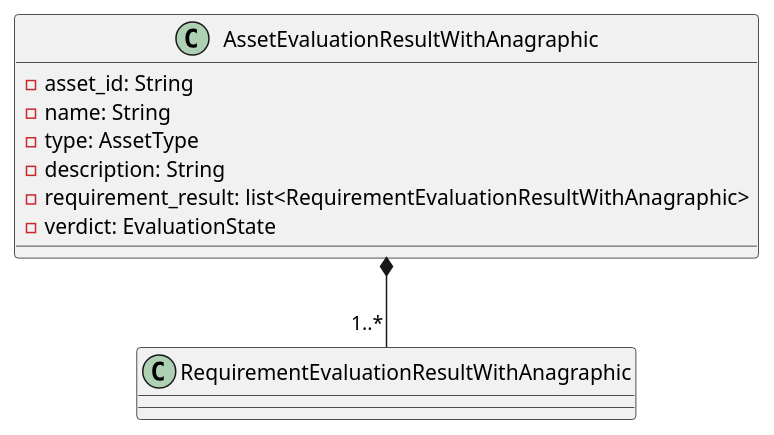
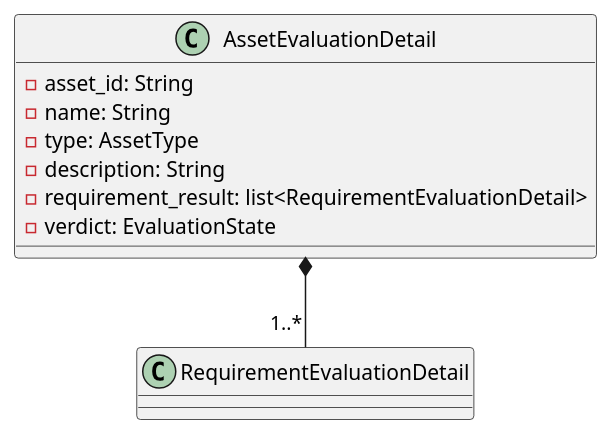
One commit to GroupRubberDuck/Documentazione changed the diagram in src/PB/DocumentazioneEsterna/Specifica_Tecnica/content/uml/puml/Diagrammi_classi/Backend/Domain/AssetEvaluationResultWithAnagraphic.puml. Above: the diagram before and after it, drawn with PlantUML. The commit also changed 3 other files, not shown here.

Commit message:
Fix: cambiato nome a entità evaluationDetail in puml

```diff
--- a/src/PB/DocumentazioneEsterna/Specifica_Tecnica/content/uml/puml/Diagrammi_classi/Backend/Domain/AssetEvaluationResultWithAnagraphic.puml
+++ b/src/PB/DocumentazioneEsterna/Specifica_Tecnica/content/uml/puml/Diagrammi_classi/Backend/Domain/AssetEvaluationResultWithAnagraphic.puml
@@ -1,14 +1,14 @@
-@startuml AssetEvaluationResultWithAnagraphic
+@startuml AssetEvaluationDetail
 
-class AssetEvaluationResultWithAnagraphic {
+class AssetEvaluationDetail {
     - asset_id: String
     - name: String
     - type: AssetType
     - description: String
-    - requirement_result: list<RequirementEvaluationResultWithAnagraphic>
+    - requirement_result: list<RequirementEvaluationDetail>
     - verdict: EvaluationState
 }
 
-AssetEvaluationResultWithAnagraphic *--"1..*" RequirementEvaluationResultWithAnagraphic
+AssetEvaluationDetail *--"1..*" RequirementEvaluationDetail
 
 @enduml
```
